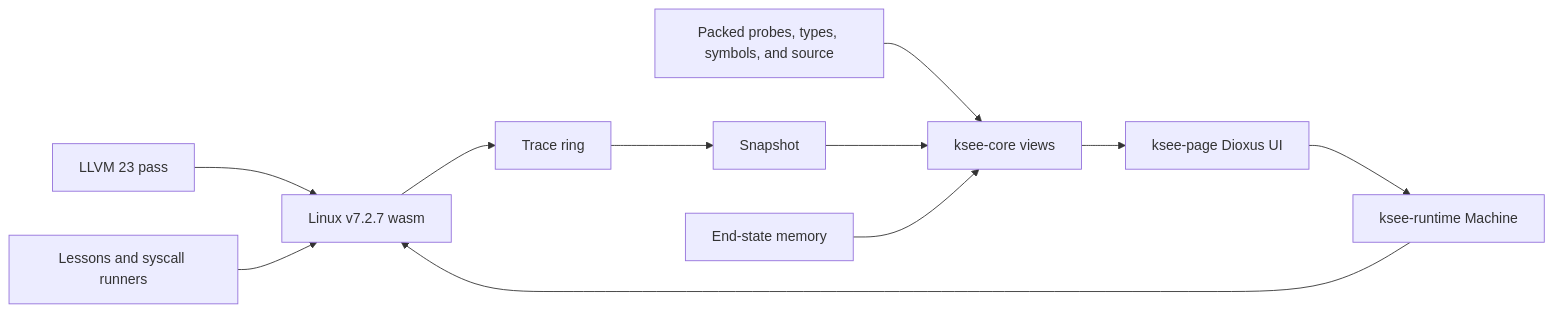
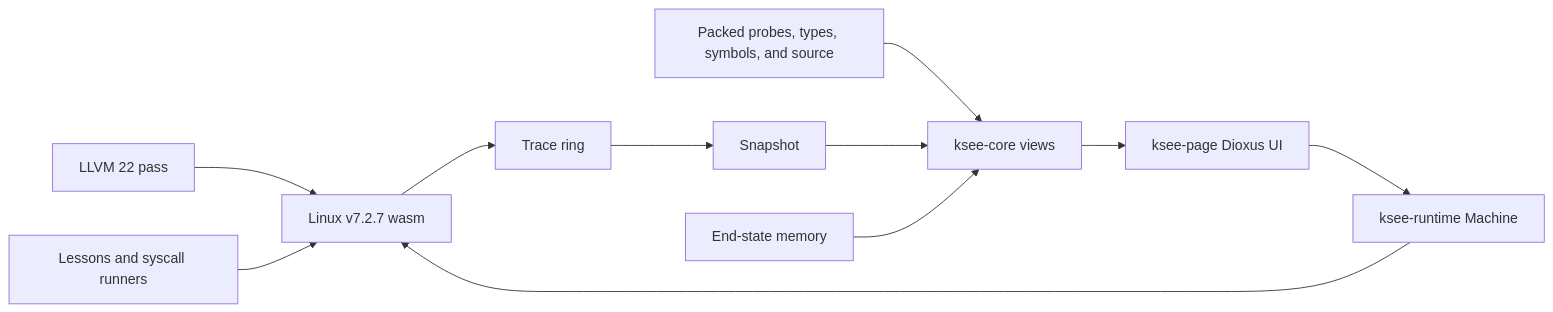
One commit to ShawnZhong/kSEE changed the diagram in docs/design.md. Above: the diagram before and after it, drawn with Mermaid. The commit also changed 6 other files, not shown here.

````diff
--- a/docs/design.md
+++ b/docs/design.md
@@ -41,13 +41,13 @@
 ```mermaid
 flowchart LR
-    P[LLVM 23 pass] --> K[Linux v7.2.7 wasm]
+    P[LLVM 22 pass] --> K[Linux v7.2.7 wasm]
     U[Lessons and syscall runners] --> K
     UI[ksee-page Dioxus UI] --> M[ksee-runtime Machine]
     M --> K
     K --> R[Trace ring]
     R --> S[Snapshot]
     D[Packed probes, types, symbols, and source] --> C[ksee-core views]
     S --> C
     E[End-state memory] --> C
     C --> UI
 ```
````
